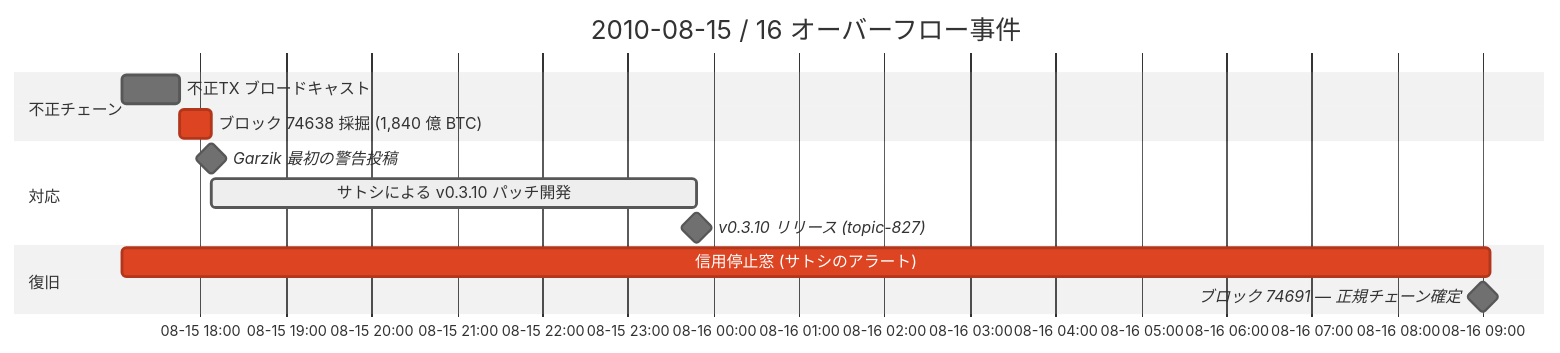
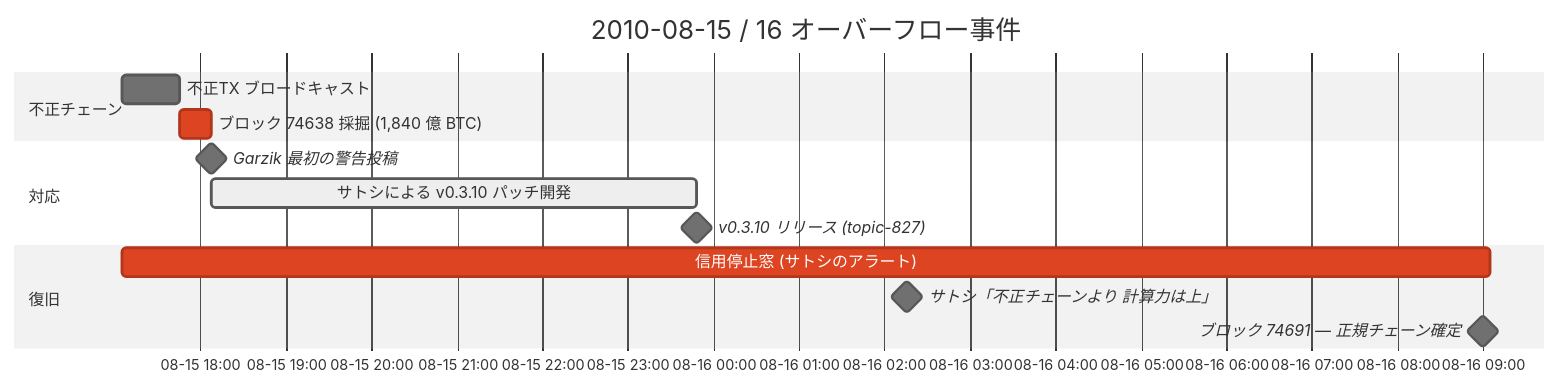
One commit to cypher256/BitcoinArchive changed the diagram in src/data/translations/ja/analysis/2010-08-15-overflow-incident-structure-and-paradox.md. Above: the diagram before and after it, drawn with Mermaid (neutral theme). The commit also changed other lines of this file and 7 other files, not shown here.

First line of the commit message:
Cite Satoshi's own topic-823 posts in the overflow-incident analysis

````diff
--- a/src/data/translations/ja/analysis/2010-08-15-overflow-incident-structure-and-paradox.md
+++ b/src/data/translations/ja/analysis/2010-08-15-overflow-incident-structure-and-paradox.md
@@ -81,24 +84,26 @@
 ```mermaid
 gantt
     title 2010-08-15 / 16 オーバーフロー事件
     dateFormat YYYY-MM-DD HH:mm
     axisFormat %m-%d %H:%M
 
     section 不正チェーン
     不正TX ブロードキャスト :2010-08-15 17:05, 40m
     ブロック 74638 採掘 (1,840 億 BTC) :crit, 2010-08-15 17:45, 23m
     %% link: /BitcoinArchive/ja/entries/aftermath/2010-08-15-value-overflow-incident/
 
     section 対応
     Garzik 最初の警告投稿 :milestone, 2010-08-15 18:08, 0m
     %% link: /BitcoinArchive/ja/entries/forum/bitcointalk/topic-822/2010-08-15-jgarzik-msg9474/
     サトシによる v0.3.10 パッチ開発 :active, 2010-08-15 18:08, 340m
     %% link: /BitcoinArchive/ja/entries/aftermath/2010-08-15-bitcoin-v0310-overflow-bug-fix/
     v0.3.10 リリース (topic-827) :milestone, 2010-08-15 23:48, 0m
     %% link: /BitcoinArchive/ja/entries/forum/bitcointalk/topic-827/2010-08-15-version-0-3-10-block-74638-overflow-patch/
 
     section 復旧
     信用停止窓 (サトシのアラート) :crit, 2010-08-15 17:05, 16h
     %% link: /BitcoinArchive/ja/entries/emails/bitcoin-list/2010-08-15-alert-we-are-investigating-a-problem/
+    サトシ「不正チェーンより 計算力は上」 :milestone, 2010-08-16 02:16, 0m
+    %% link: /BitcoinArchive/ja/entries/forum/bitcointalk/topic-823/2010-08-16-satoshi-msg9642/
     ブロック 74691 — 正規チェーン確定 :milestone, 2010-08-16 09:00, 0m
 ```
````
